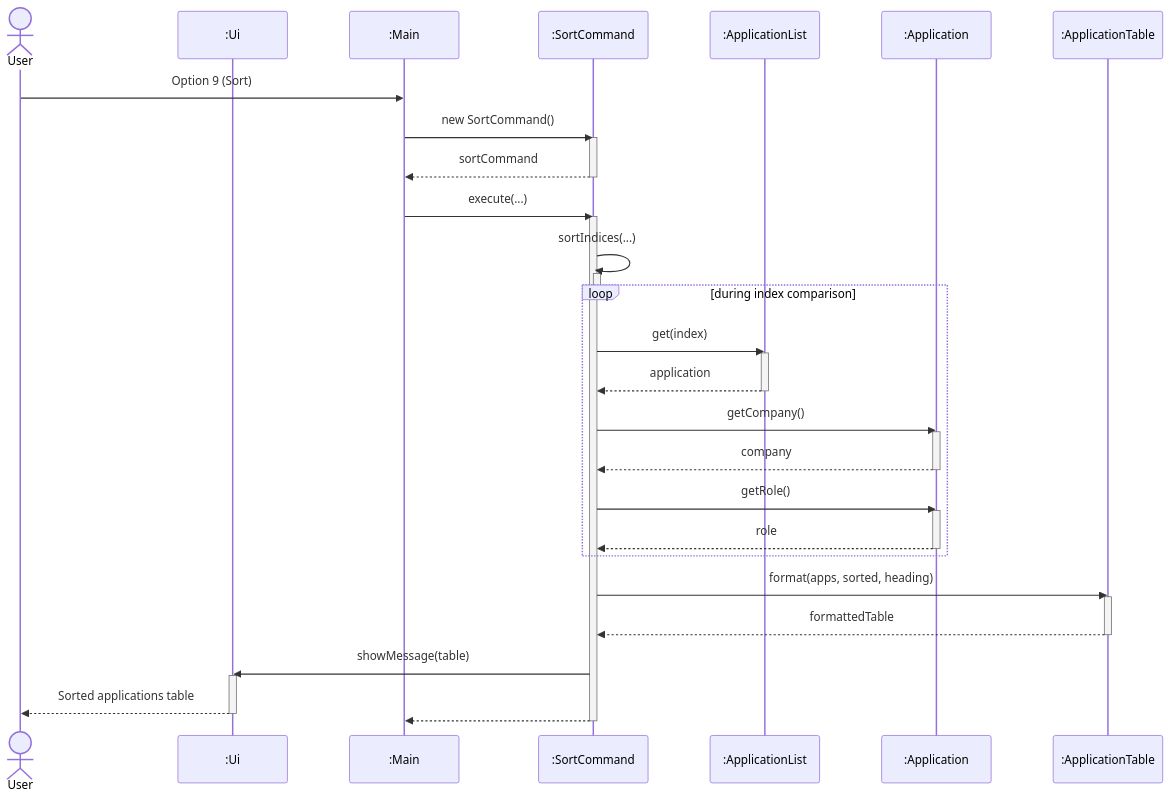
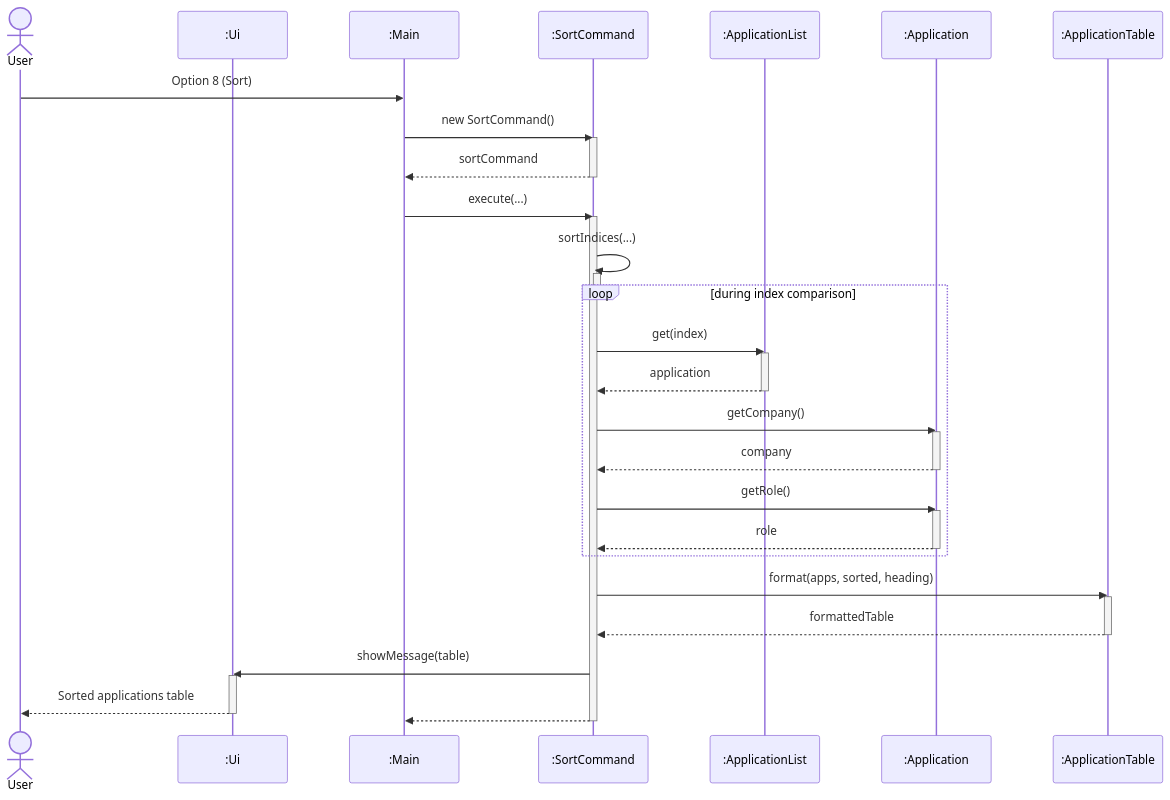
One commit to AY2627S1-CS2113-T10-2/tp changed the diagram in docs/diagrams/sources/sort-sequence.mmd. Above: the diagram before and after it, drawn with Mermaid. The commit also changed 17 other files, not shown here.

```diff
--- a/docs/diagrams/sources/sort-sequence.mmd
+++ b/docs/diagrams/sources/sort-sequence.mmd
@@ -1,49 +1,49 @@
 %%{init: {'theme': 'default', 'sequence': {'actorMargin': 85, 'messageMargin': 45}}}%%
 %%{init: {'theme': 'default', 'sequence': {'actorMargin': 85, 'messageMargin': 45}}}%%
 %%{init: {'theme': 'default', 'sequence': {'actorMargin': 85, 'messageMargin': 45}}}%%
 sequenceDiagram
     actor user as User
     participant ui as :Ui
     participant main as :Main
     participant cmd as :SortCommand
     participant list as :ApplicationList
     participant app as :Application
     participant table as :ApplicationTable
 
-    user->>main: Option 9 (Sort)
+    user->>main: Option 8 (Sort)
     main->>cmd: new SortCommand()
     activate cmd
     cmd-->>main: sortCommand
     deactivate cmd
     main->>cmd: execute(...)
     activate cmd
 
     cmd->>cmd: sortIndices(...)
     activate cmd
     deactivate cmd
 
     loop during index comparison
         cmd->>list: get(index)
         activate list
         list-->>cmd: application
         deactivate list
         cmd->>app: getCompany()
         activate app
         app-->>cmd: company
         deactivate app
         cmd->>app: getRole()
         activate app
         app-->>cmd: role
         deactivate app
     end
 
     cmd->>table: format(apps, sorted, heading)
     activate table
     table-->>cmd: formattedTable
     deactivate table
     cmd->>ui: showMessage(table)
     activate ui
     ui-->>user: Sorted applications table
     deactivate ui
     cmd-->>main: 
     deactivate cmd
```
